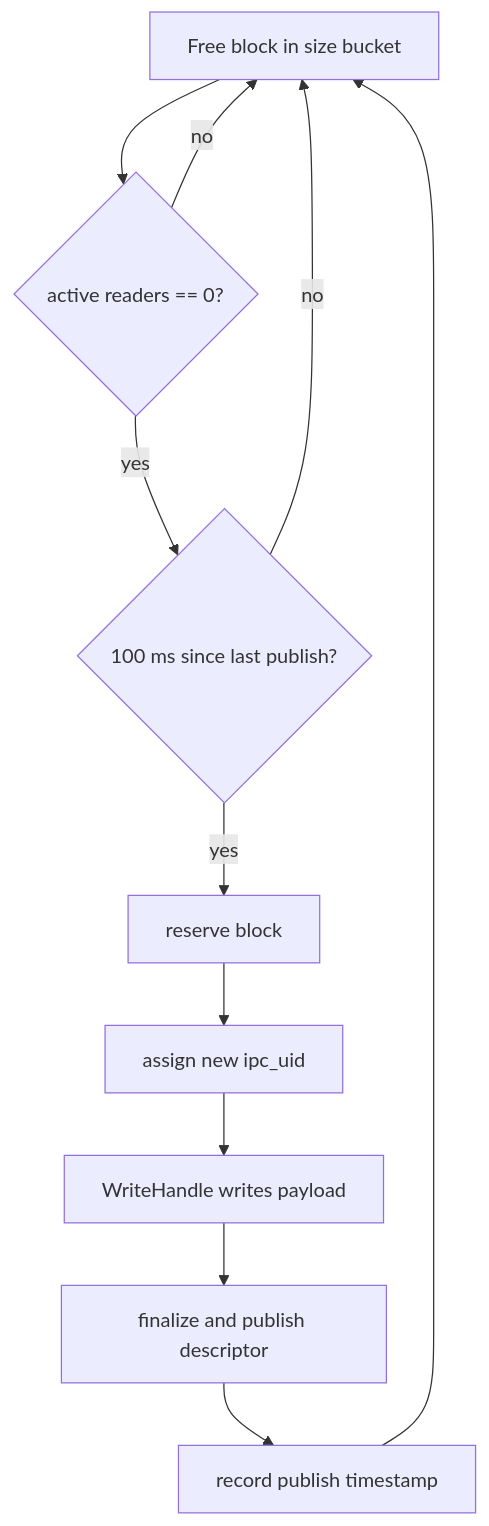
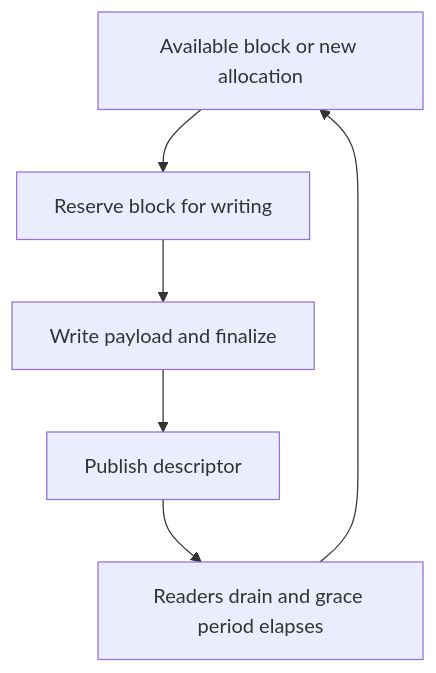
The fourth of 5 diagrams in docs/memfd_buffer_backend_design.md (dskkato/memfd_buffer_backend), drawn with Mermaid before and after one commit. The commit also changed other lines of this file and 25 other files, not shown here.

````diff
--- a/docs/memfd_buffer_backend_design.md
+++ b/docs/memfd_buffer_backend_design.md
@@ -233,13 +256,8 @@
 ```mermaid
 flowchart TD
-  A["Free block in size bucket"] --> B{"active readers == 0?"}
-  B -->|no| A
-  B -->|yes| C{"100 ms since last publish?"}
-  C -->|no| A
-  C -->|yes| D["reserve block"]
-  D --> E["assign new ipc_uid"]
-  E --> F["WriteHandle writes payload"]
-  F --> G["finalize and publish descriptor"]
-  G --> H["record publish timestamp"]
-  H --> A
+  A["Available block or new allocation"] --> B["Reserve block for writing"]
+  B --> C["Write payload and finalize"]
+  C --> D["Publish descriptor"]
+  D --> E["Readers drain and grace period elapses"]
+  E --> A
 ```
````
